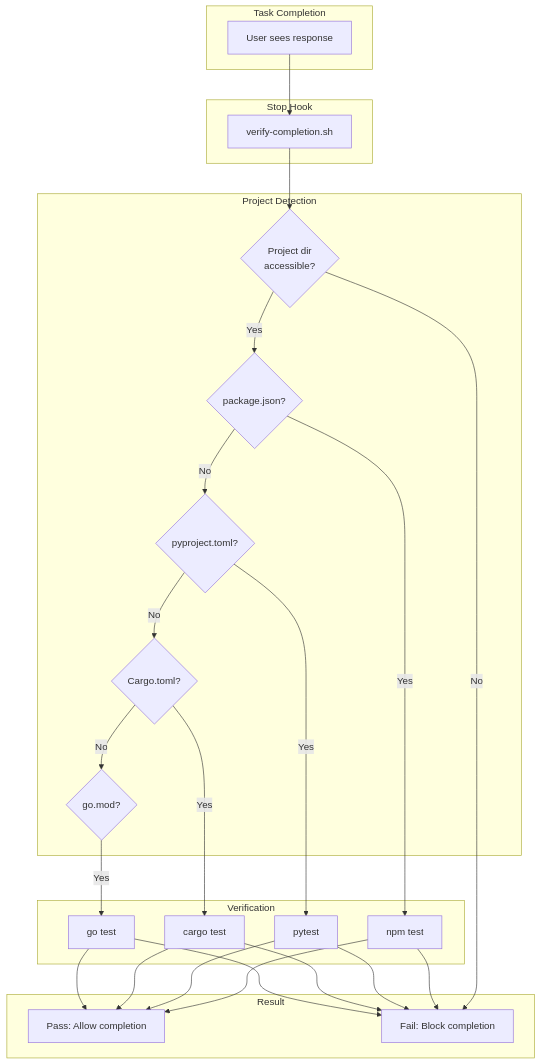
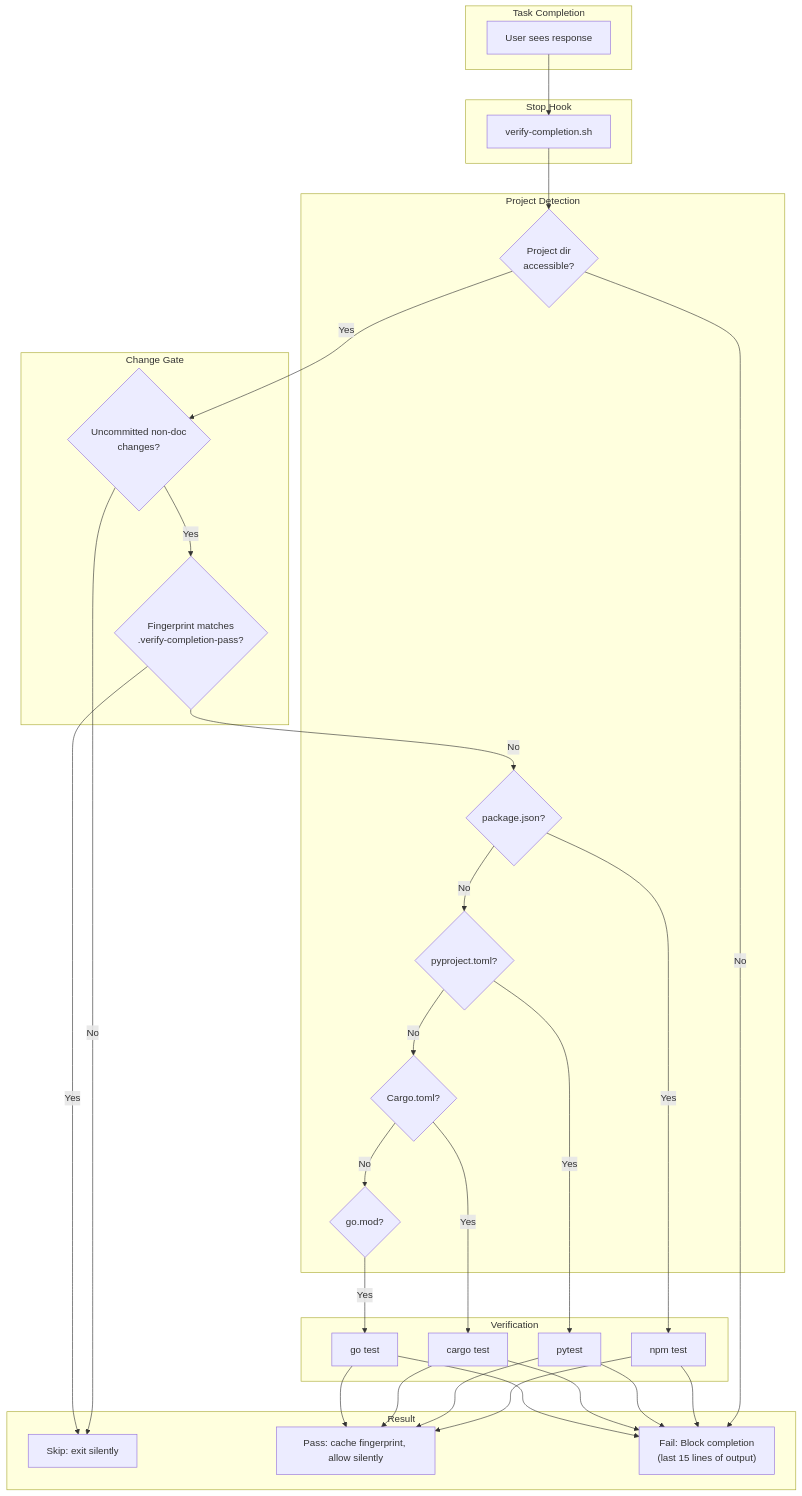
The seventh of 9 diagrams in docs/architecture/data-flows.md (josix/agent-flow), drawn with Mermaid before and after one commit. The commit also changed other lines of this file and 60 other files, not shown here.

First line of the commit message:
feat: modernize agent-flow for current Claude Code and speed up /orchestrate

````diff
--- a/docs/architecture/data-flows.md
+++ b/docs/architecture/data-flows.md
@@ -322,44 +316,54 @@
 ```mermaid
 flowchart TB
     subgraph Trigger["Task Completion"]
         T1[User sees response]
     end
 
     subgraph Hook["Stop Hook"]
         H1[verify-completion.sh]
+    end
+
+    subgraph Gate["Change Gate"]
+        G1{"Uncommitted non-doc<br/>changes?"}
+        G2{"Fingerprint matches<br/>.verify-completion-pass?"}
     end
 
     subgraph Detect["Project Detection"]
         D0{Project dir<br/>accessible?}
         D1{package.json?}
         D2{pyproject.toml?}
         D3{Cargo.toml?}
         D4{go.mod?}
     end
 
     subgraph Verify["Verification"]
         V1[npm test]
         V2[pytest]
         V3[cargo test]
         V4[go test]
     end
 
     subgraph Result["Result"]
-        R1[Pass: Allow completion]
-        R2[Fail: Block completion]
+        R0[Skip: exit silently]
+        R1[Pass: cache fingerprint, allow silently]
+        R2["Fail: Block completion<br/>(last 15 lines of output)"]
     end
 
     T1 --> H1
     H1 --> D0
     D0 -->|No| R2
-    D0 -->|Yes| D1
+    D0 -->|Yes| G1
+    G1 -->|No| R0
+    G1 -->|Yes| G2
+    G2 -->|Yes| R0
+    G2 -->|No| D1
     D1 -->|Yes| V1
     D1 -->|No| D2
     D2 -->|Yes| V2
     D2 -->|No| D3
     D3 -->|Yes| V3
     D3 -->|No| D4
     D4 -->|Yes| V4
 
     V1 & V2 & V3 & V4 --> R1 & R2
 ```
````
